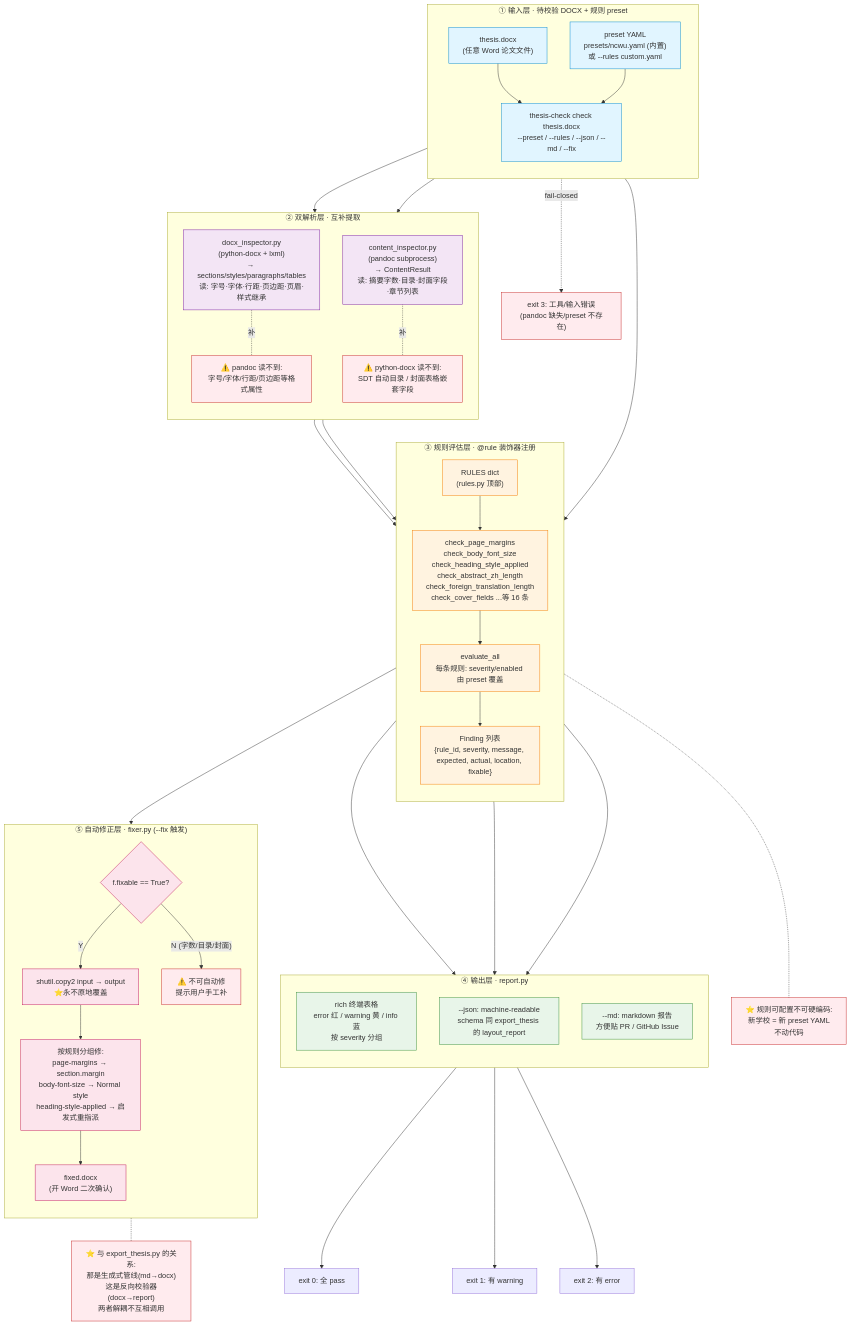
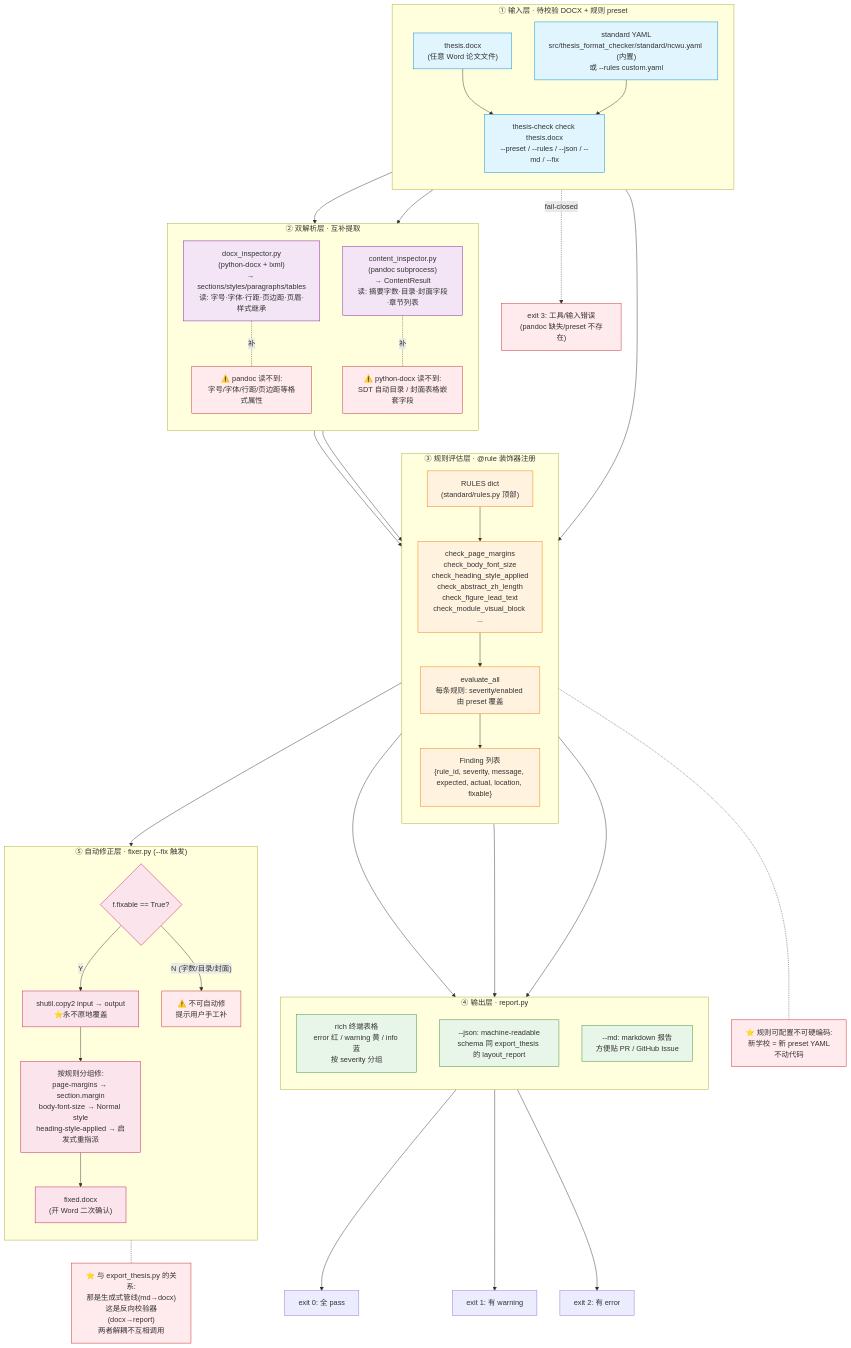
The diagram in docs/thesis-format-checker-flow.mmd (emptyinkpot/thesis-format-checker), drawn with Mermaid before and after one commit. The commit also changed 12 other files, not shown here.

Commit message:
refactor: unify thesis standard engine

```diff
--- a/docs/thesis-format-checker-flow.mmd
+++ b/docs/thesis-format-checker-flow.mmd
@@ -1,103 +1,103 @@
 %% thesis-format-checker 工作流 · DOCX 论文格式合规校验器
 %% 生成 2026-06-05 | 源: emptyinkpot/thesis-format-checker (新建仓库)
 %% 配套 control.mmd(静态拓扑) · 本图回答"DOCX 怎么进、规则怎么算、问题怎么出报告、可修项怎么自动修"
 %% 铁律: 双解析器互补(pandoc 读内容/python-docx 读格式) · 规则集是 YAML 数据(可换学校) · auto-fix 永不原地覆盖
 flowchart TB
 
     %% ===================== ① 输入层 =====================
     subgraph INPUT["① 输入层 · 待校验 DOCX + 规则 preset"]
         direction TB
         DOCX["thesis.docx<br/>(任意 Word 论文文件)"]
-        PRESET["preset YAML<br/>presets/ncwu.yaml (内置)<br/>或 --rules custom.yaml"]
+        PRESET["standard YAML<br/>src/thesis_format_checker/standard/ncwu.yaml (内置)<br/>或 --rules custom.yaml"]
         CLI["thesis-check check thesis.docx<br/>--preset / --rules / --json / --md / --fix"]
         DOCX --> CLI
         PRESET --> CLI
     end
 
     %% ===================== ② 双解析层 =====================
     subgraph PARSE["② 双解析层 · 互补提取"]
         direction TB
         DOCXI["docx_inspector.py<br/>(python-docx + lxml)<br/>→ sections/styles/paragraphs/tables<br/>读: 字号·字体·行距·页边距·页眉·样式继承"]
         CONTENTI["content_inspector.py<br/>(pandoc subprocess)<br/>→ ContentResult<br/>读: 摘要字数·目录·封面字段·章节列表"]
         REASON1["⚠️ python-docx 读不到:<br/>SDT 自动目录 / 封面表格嵌套字段"]
         REASON2["⚠️ pandoc 读不到:<br/>字号/字体/行距/页边距等格式属性"]
         DOCXI -.补.- REASON2
         CONTENTI -.补.- REASON1
     end
 
     CLI --> DOCXI
     CLI --> CONTENTI
 
     %% ===================== ③ 规则评估层 =====================
     subgraph RULES["③ 规则评估层 · @rule 装饰器注册"]
         direction TB
-        REG["RULES dict<br/>(rules.py 顶部)"]
-        FNS["check_page_margins<br/>check_body_font_size<br/>check_heading_style_applied<br/>check_abstract_zh_length<br/>check_foreign_translation_length<br/>check_cover_fields ...等 16 条"]
+        REG["RULES dict<br/>(standard/rules.py 顶部)"]
+        FNS["check_page_margins<br/>check_body_font_size<br/>check_heading_style_applied<br/>check_abstract_zh_length<br/>check_figure_lead_text<br/>check_module_visual_block ..."]
         EVAL["evaluate_all<br/>每条规则: severity/enabled 由 preset 覆盖"]
         FINDS["Finding 列表<br/>{rule_id, severity, message, expected, actual, location, fixable}"]
         REG --> FNS
         FNS --> EVAL
         EVAL --> FINDS
     end
 
     DOCXI --> EVAL
     CONTENTI --> EVAL
     PRESET --> EVAL
 
     %% ===================== ④ 输出层 =====================
     subgraph REPORT["④ 输出层 · report.py"]
         direction TB
         RICH["rich 终端表格<br/>error 红 / warning 黄 / info 蓝<br/>按 severity 分组"]
         JSON_OUT["--json: machine-readable<br/>schema 同 export_thesis 的 layout_report"]
         MD_OUT["--md: markdown 报告<br/>方便贴 PR / GitHub Issue"]
         FINDS --> RICH
         FINDS --> JSON_OUT
         FINDS --> MD_OUT
     end
 
     %% ===================== ⑤ 自动修正层 (可选) =====================
     subgraph FIX["⑤ 自动修正层 · fixer.py (--fix 触发)"]
         direction TB
         FILTER{"f.fixable == True?"}
         COPY["shutil.copy2 input → output<br/>⭐永不原地覆盖"]
         APPLY["按规则分组修:<br/>page-margins → section.margin<br/>body-font-size → Normal style<br/>heading-style-applied → 启发式重指派"]
         SAVED["fixed.docx<br/>(开 Word 二次确认)"]
         FILTER -- "Y" --> COPY
         COPY --> APPLY
         APPLY --> SAVED
         FILTER -- "N (字数/目录/封面)" --> MANUAL["⚠️ 不可自动修<br/>提示用户手工补"]
     end
 
     FINDS --> FILTER
 
     %% ===================== ⑥ 退出码 (CI 友好) =====================
     EXIT0["exit 0: 全 pass"]
     EXIT1["exit 1: 有 warning"]
     EXIT2["exit 2: 有 error"]
     EXIT3["exit 3: 工具/输入错误<br/>(pandoc 缺失/preset 不存在)"]
 
     RICH --> EXIT0
     RICH --> EXIT1
     RICH --> EXIT2
     CLI -.fail-closed.-> EXIT3
 
     %% ===================== 关键边界 =====================
     BOUND1["⭐ 与 export_thesis.py 的关系:<br/>那是生成式管线(md→docx)<br/>这是反向校验器(docx→report)<br/>两者解耦不互相调用"]
     BOUND2["⭐ 规则可配置不可硬编码:<br/>新学校 = 新 preset YAML<br/>不动代码"]
 
     RULES -.- BOUND2
     FIX -.- BOUND1
 
     %% ===================== 样式 =====================
     classDef input fill:#e1f5ff,stroke:#0288d1
     classDef parse fill:#f3e5f5,stroke:#7b1fa2
     classDef rules fill:#fff3e0,stroke:#f57c00
     classDef report fill:#e8f5e9,stroke:#388e3c
     classDef fix fill:#fce4ec,stroke:#c2185b
     classDef warn fill:#ffebee,stroke:#c62828
     class DOCX,PRESET,CLI input
     class DOCXI,CONTENTI parse
     class REG,FNS,EVAL,FINDS rules
     class RICH,JSON_OUT,MD_OUT report
     class FILTER,COPY,APPLY,SAVED fix
     class REASON1,REASON2,MANUAL,EXIT3,BOUND1,BOUND2 warn
```
